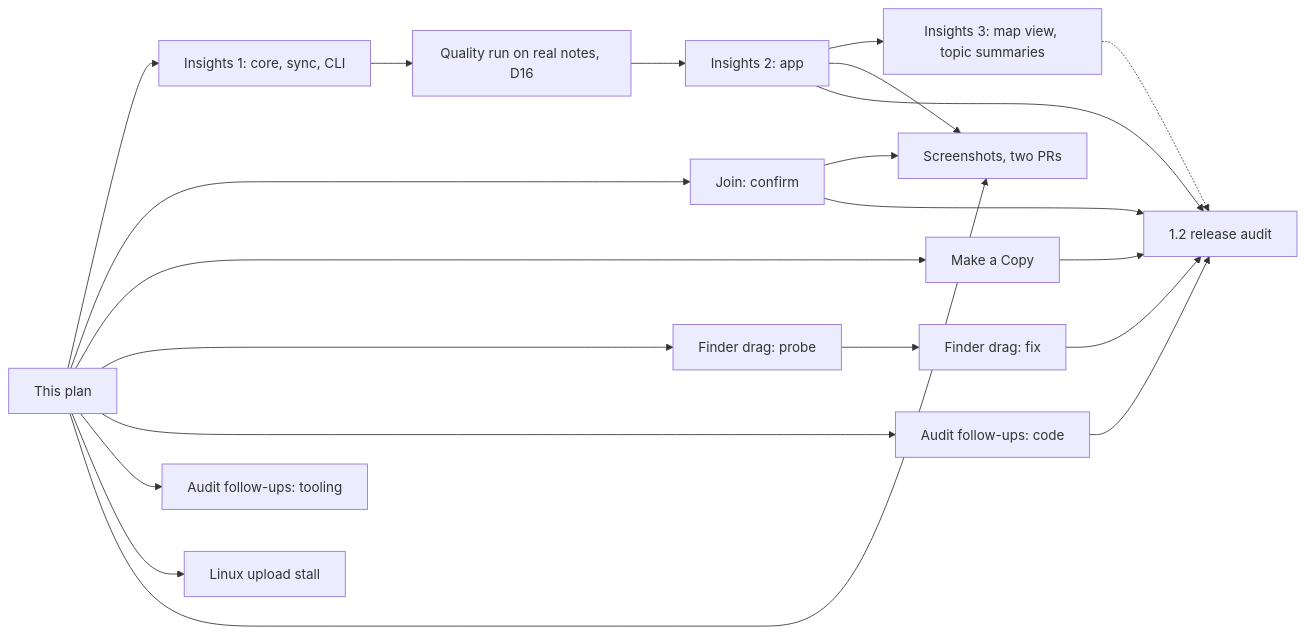
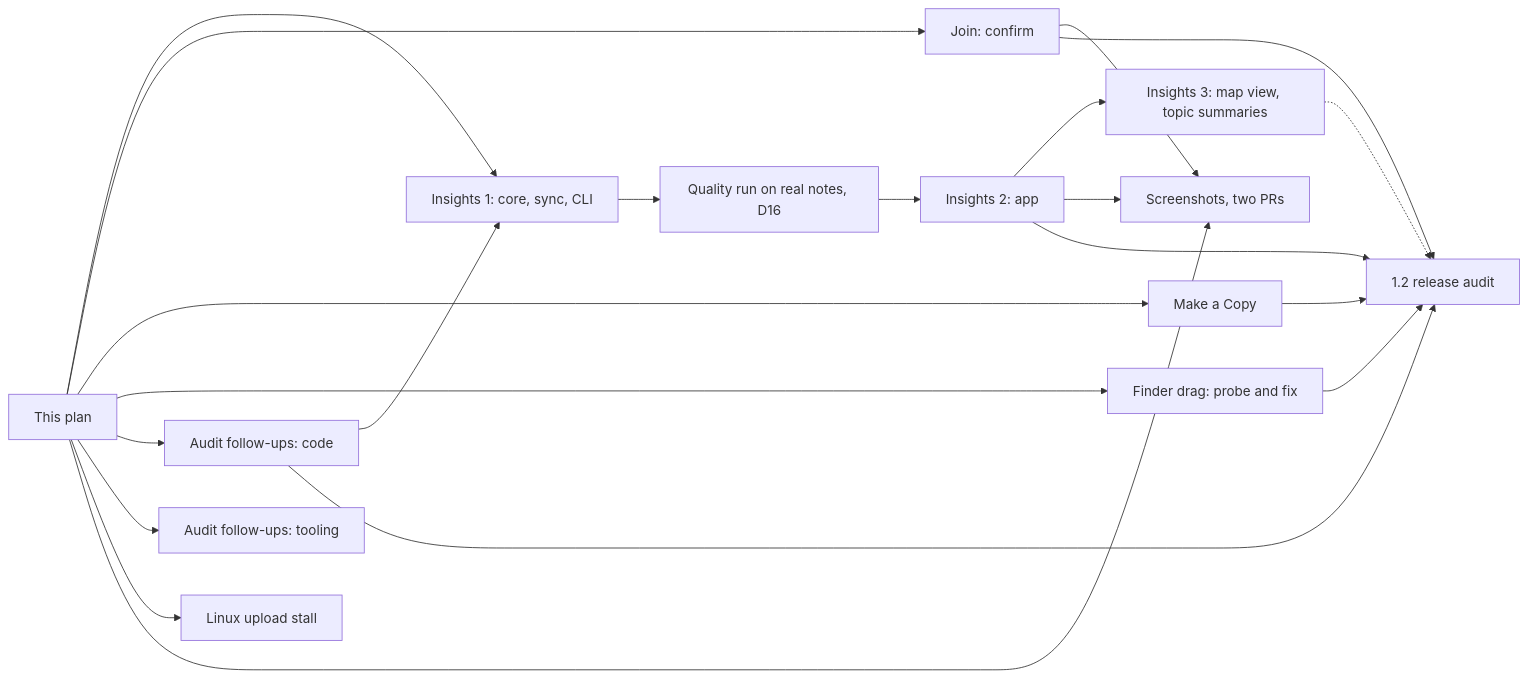
Before and after one commit to anthonytw/sempere: the diagram in docs/design/1.2-plan.md, drawn with Mermaid. The commit also changed other lines of this file and 7 other files, not shown here.

````diff
--- a/docs/design/1.2-plan.md
+++ b/docs/design/1.2-plan.md
@@ -34,23 +34,23 @@
 ```mermaid
 flowchart LR
   plan[This plan] --> ins1[Insights 1: core, sync, CLI]
   ins1 --> q[Quality run on real notes, D16]
   q --> ins2[Insights 2: app]
   ins2 --> ins3[Insights 3: map view, topic summaries]
   plan --> join[Join: confirm]
   plan --> copy[Make a Copy]
-  plan --> probe[Finder drag: probe]
-  probe --> fix[Finder drag: fix]
+  plan --> fix[Finder drag: probe and fix]
   plan --> hard1[Audit follow-ups: code]
+  hard1 --> ins1
   plan --> hard2[Audit follow-ups: tooling]
   plan --> stall[Linux upload stall]
   plan --> shots[Screenshots, two PRs]
   ins2 --> shots
   join --> shots
   ins2 --> rel[1.2 release audit]
   join --> rel
   copy --> rel
   fix --> rel
   hard1 --> rel
   ins3 -.-> rel
 ```
````
